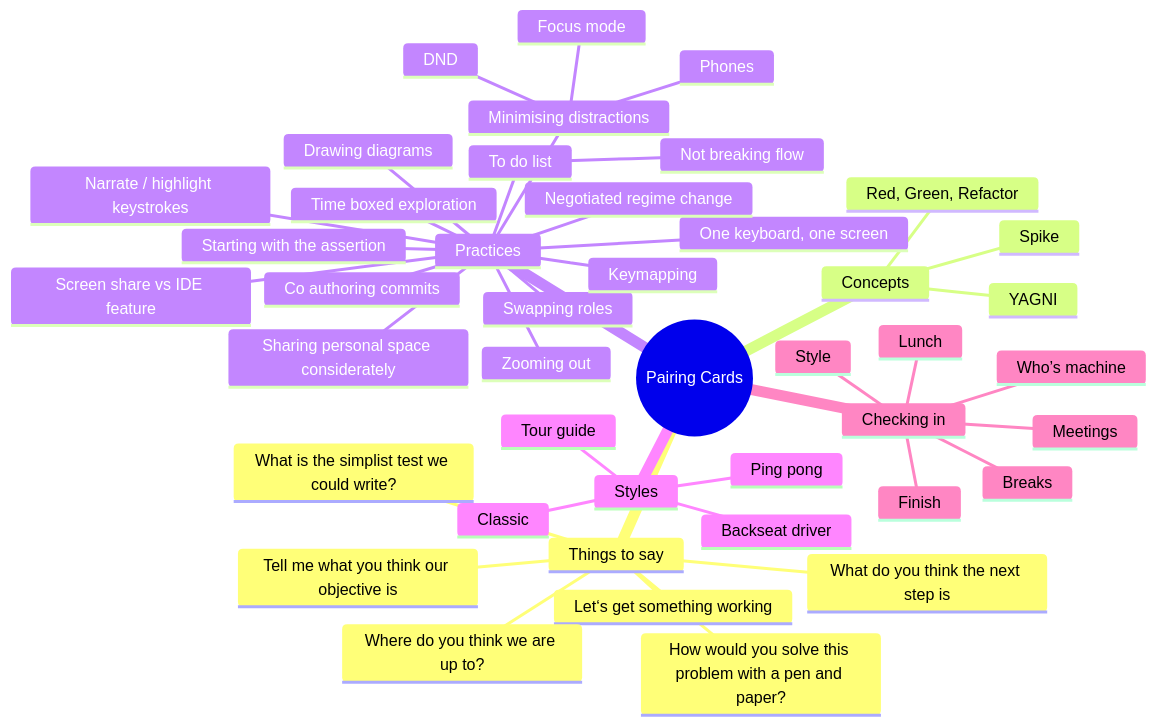
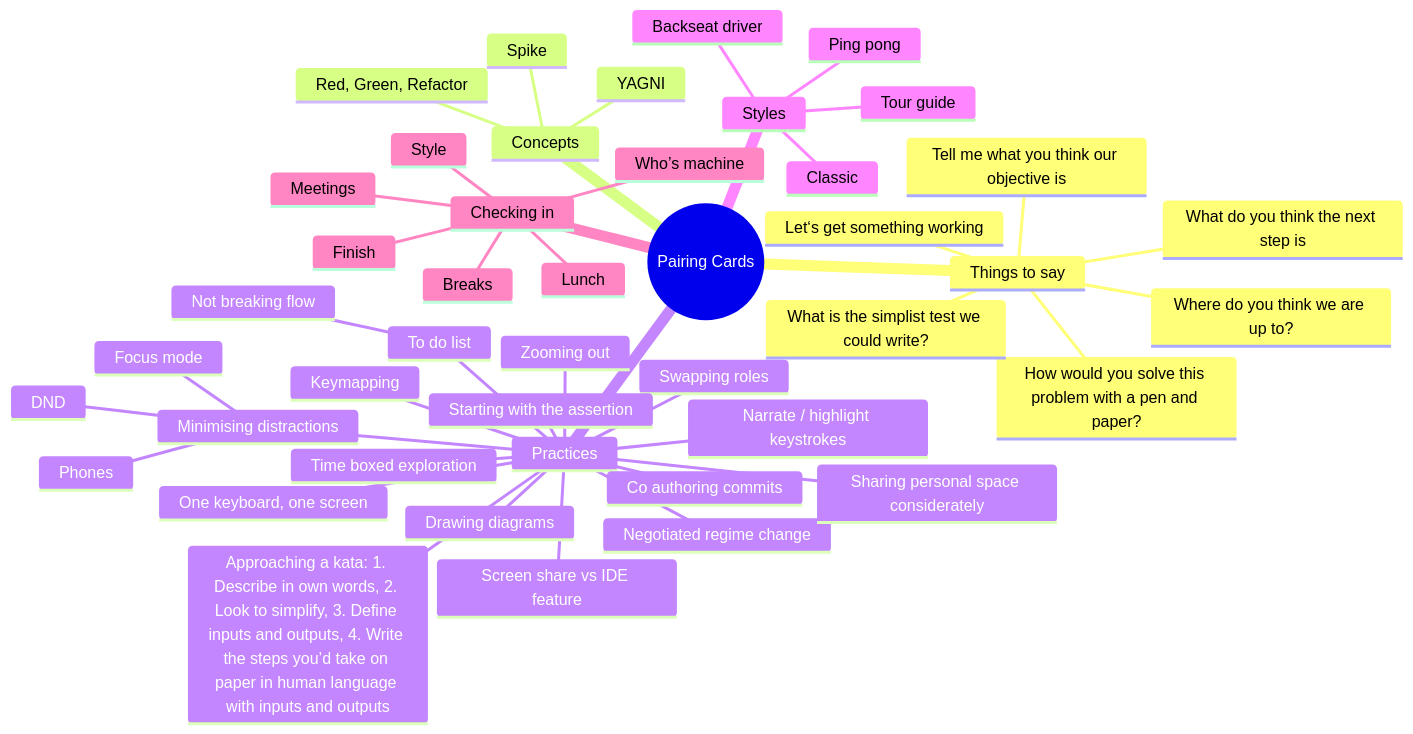
The diagram in README.md (mrmanc/pairing-cards), drawn with Mermaid before and after one commit.

Commit message:
Add problem solving framework for new developers
This is something I’ve been trying when working with someone learning to code. First step establishes shared language and confirmation of understanding the description. Second encourages iterative approach. Third confirms understanding of code contract. Fourth allows them to describe how to solve on paper, which is a segue into coding.

````diff
--- a/README.md
+++ b/README.md
@@ -6,46 +6,47 @@
 ```mermaid
 mindmap
     root((Pairing Cards))
         Things to say
             What do you think the next step is
             How would you solve this problem with a pen and paper?
             Let‘s get something working
             Tell me what you think our objective is
             Where do you think we are up to?
             What is the simplist test we could write?
         Concepts
             YAGNI
             Red, Green, Refactor
             Spike
         Practices
             One keyboard, one screen
             Screen share vs IDE feature
             To do list
                 Not breaking flow
             Zooming out
             Narrate / highlight keystrokes
             Time boxed exploration
             Negotiated regime change
             Minimising distractions
                 Phones
                 Focus mode
                 DND
             Co authoring commits
             Drawing diagrams
             Swapping roles
             Sharing personal space considerately
             Keymapping
             Starting with the assertion
+            Approaching a kata: 1. Describe in own words, 2. Look to simplify, 3. Define inputs and outputs, 4. Write the steps you’d take on paper in human language with inputs and outputs
         Styles
             Ping pong
             Classic
             Tour guide
             Backseat driver
         Checking in
             Style
             Who’s machine
             Lunch
             Meetings
             Breaks
             Finish
 ```
````
